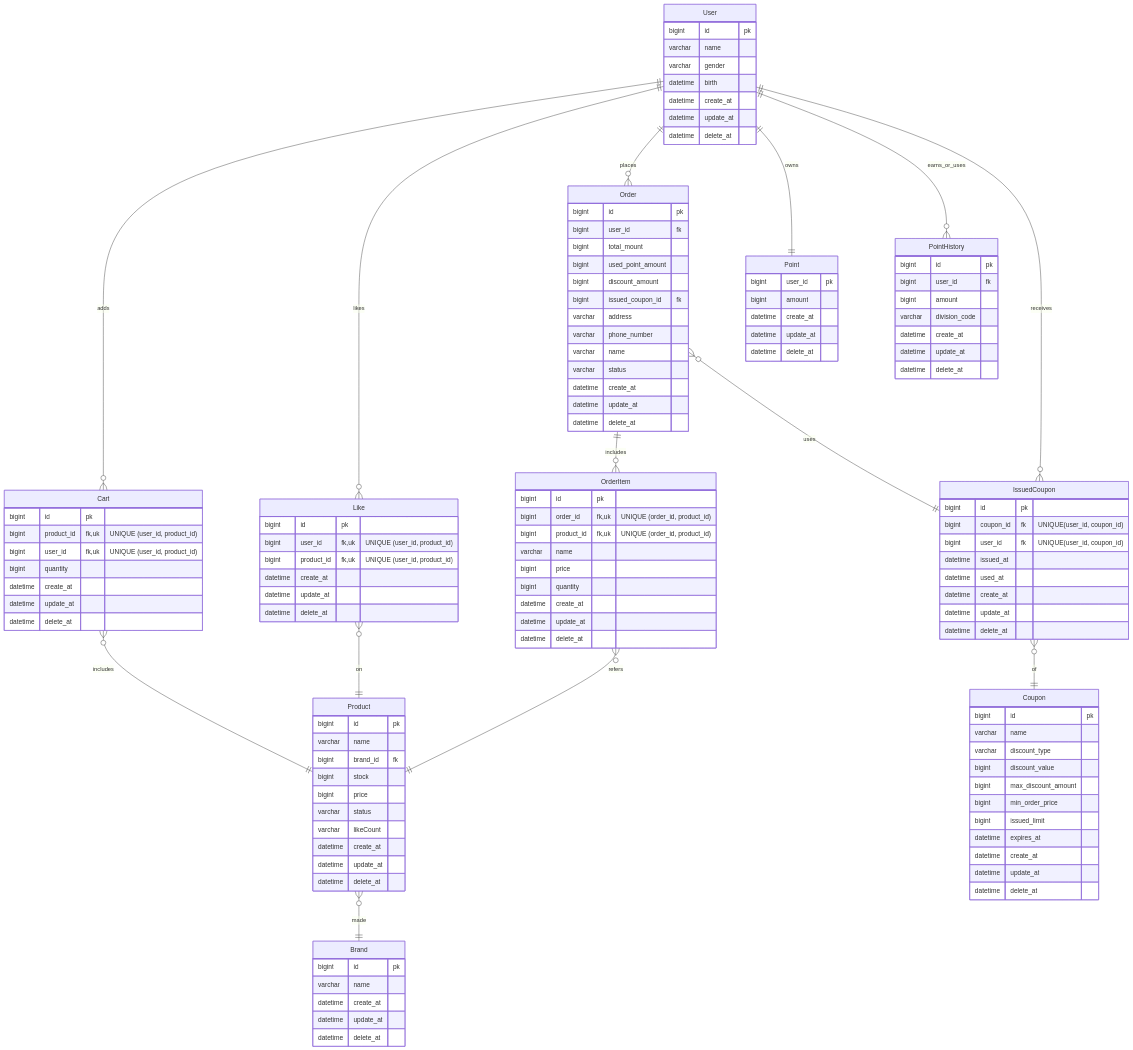
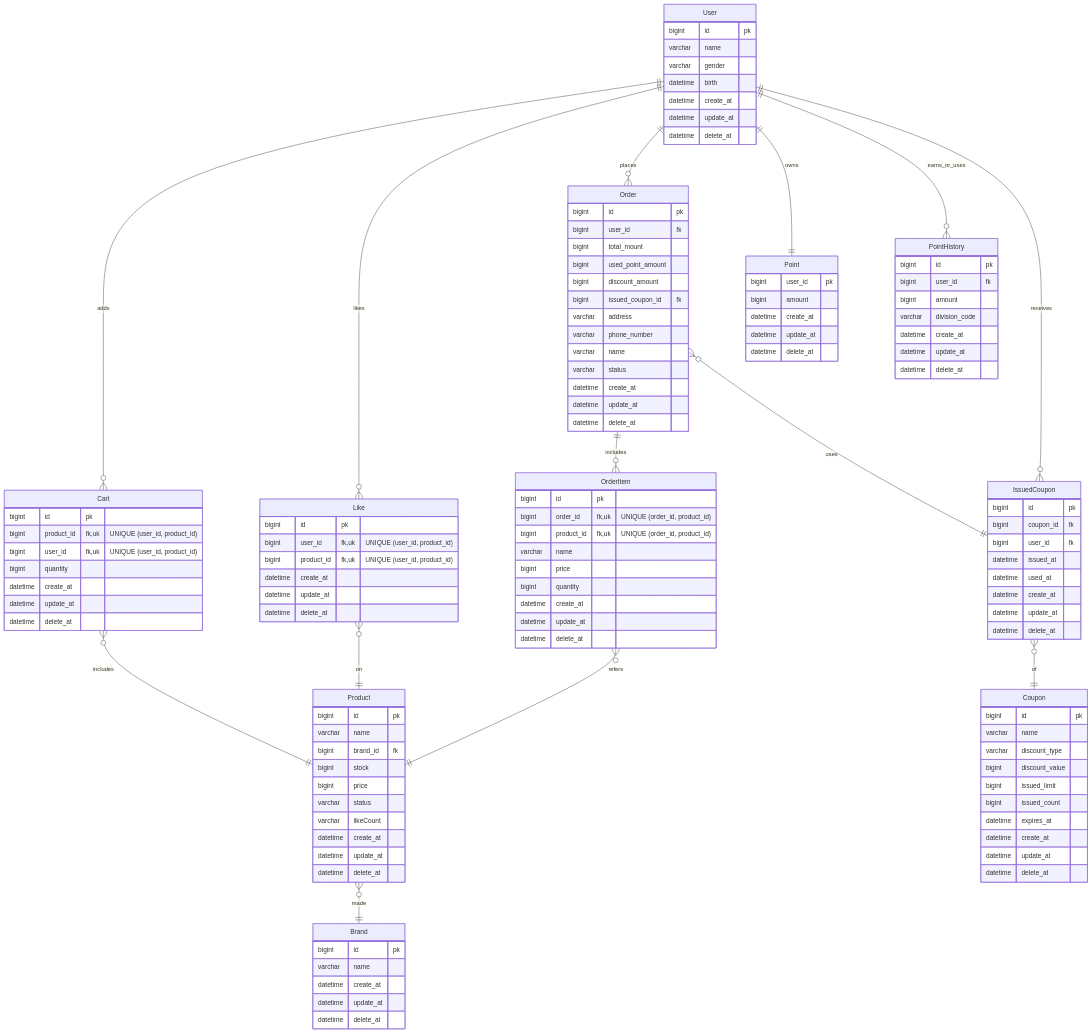
Before and after one commit to simbokyung98/loopers-ecommerce-system: the diagram in docs/design/04-erd.md, drawn with Mermaid. The commit also changed 8 other files, not shown here.

```diff
--- a/docs/design/04-erd.md
+++ b/docs/design/04-erd.md
@@ -103,9 +103,8 @@
         varchar name
         varchar discount_type
         bigint discount_value
-        bigint max_discount_amount 
-        bigint min_order_price
         bigint issued_limit
+        bigint issued_count
         datetime expires_at
         datetime create_at
         datetime update_at
@@ -114,8 +113,8 @@
     
     IssuedCoupon {
         bigint id pk
-        bigint coupon_id fk "UNIQUE(user_id, coupon_id)"
-        bigint user_id fk "UNIQUE(user_id, coupon_id)"
+        bigint coupon_id fk 
+        bigint user_id fk 
         datetime issued_at
         datetime used_at 
         datetime create_at
```
